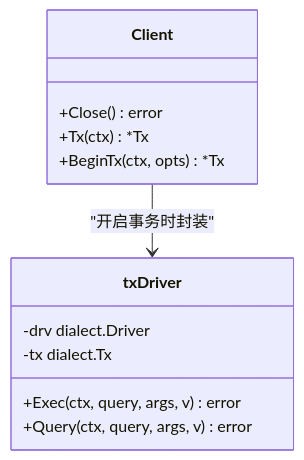
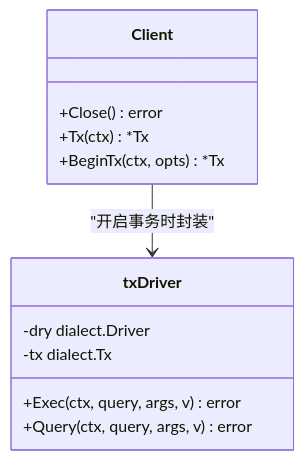
Before and after one commit to wuwuseo/e-sports-go-admin: the fifth of 7 diagrams in .qoder/repowiki/zh/content/配置管理/数据库配置.md, drawn with Mermaid. The commit also changed other lines of this file and 42 other files, not shown here.

````diff
--- a/.qoder/repowiki/zh/content/配置管理/数据库配置.md
+++ b/.qoder/repowiki/zh/content/配置管理/数据库配置.md
@@ -167,15 +167,15 @@
 ```mermaid
 classDiagram
 class Client {
 +Close() error
 +Tx(ctx) *Tx
 +BeginTx(ctx, opts) *Tx
 }
 class txDriver {
--drv dialect.Driver
+-dry dialect.Driver
 -tx dialect.Tx
 +Exec(ctx, query, args, v) error
 +Query(ctx, query, args, v) error
 }
 Client --> txDriver : "开启事务时封装"
 ```
````
